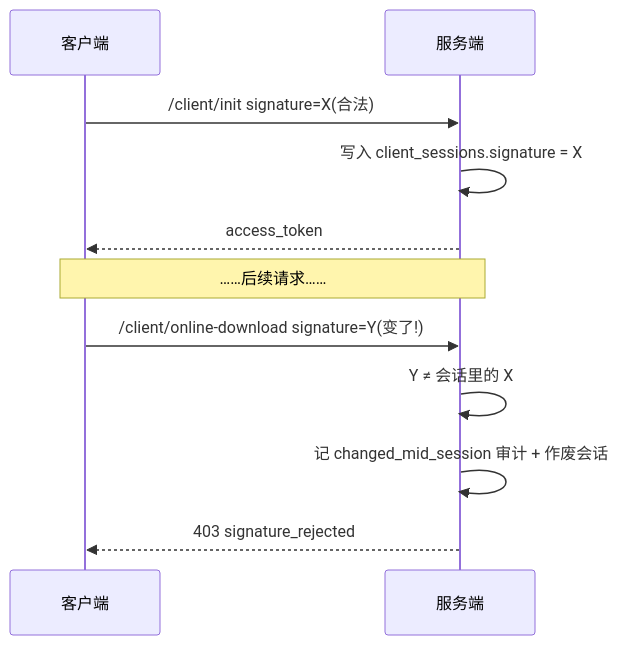
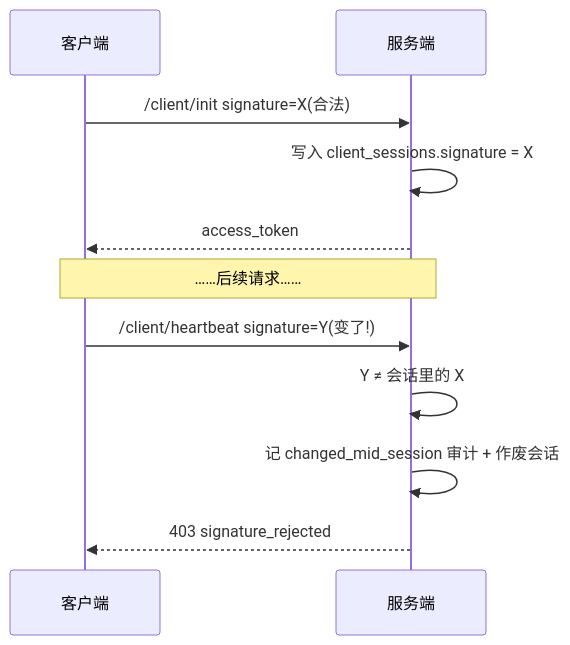
Before and after one commit to MagirecoCN-Revival-Project/magireco-cnv-docs: the third of 3 diagrams in security/anti-tamper.md, drawn with Mermaid. The commit also changed other lines of this file and 25 other files, not shown here.

````diff
--- a/security/anti-tamper.md
+++ b/security/anti-tamper.md
@@ -81,13 +81,13 @@
 ```mermaid
 sequenceDiagram
     participant C as 客户端
     participant S as 服务端
     C->>S: /client/init signature=X(合法)
     S->>S: 写入 client_sessions.signature = X
     S-->>C: access_token
     Note over C,S: ……后续请求……
-    C->>S: /client/online-download signature=Y(变了!)
+    C->>S: /client/heartbeat signature=Y(变了!)
     S->>S: Y ≠ 会话里的 X
     S->>S: 记 changed_mid_session 审计 + 作废会话
     S-->>C: 403 signature_rejected
 ```
````
